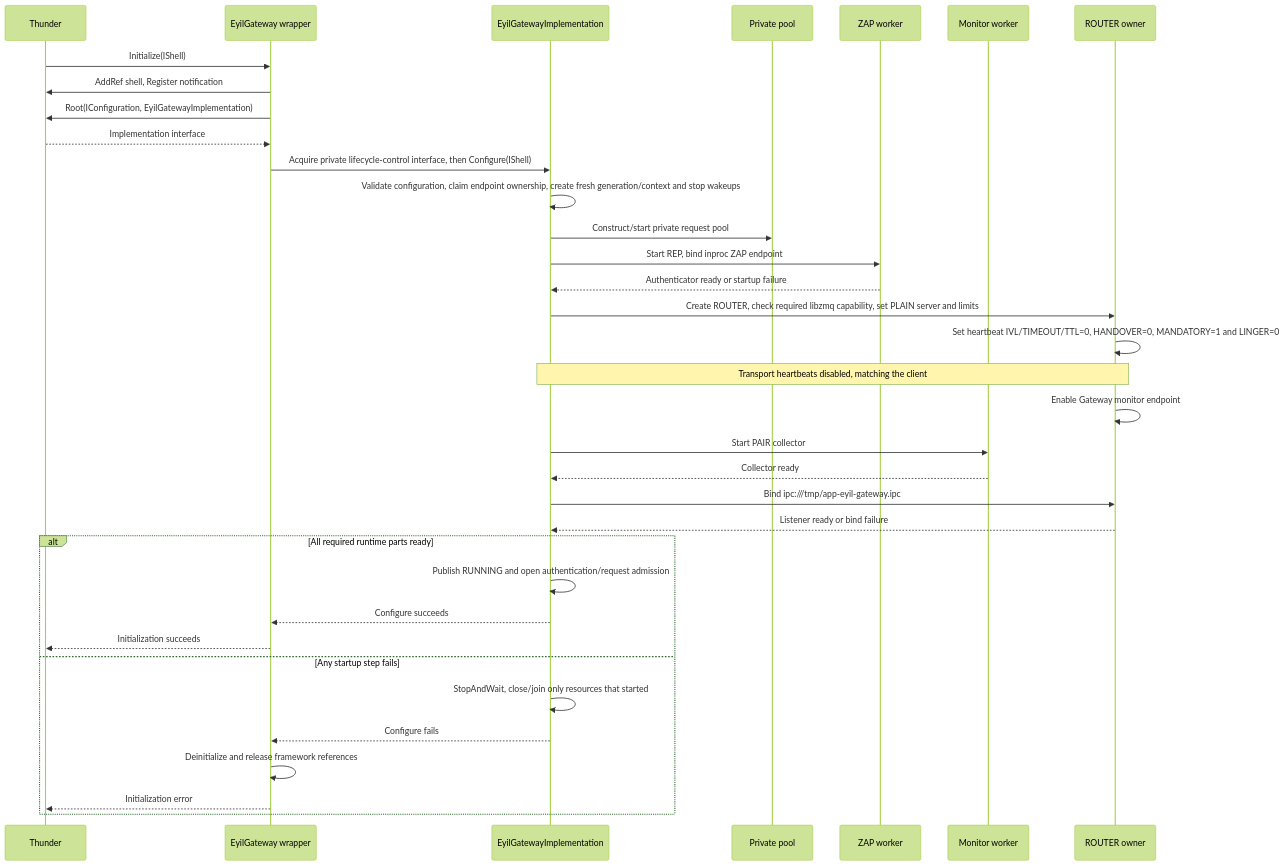
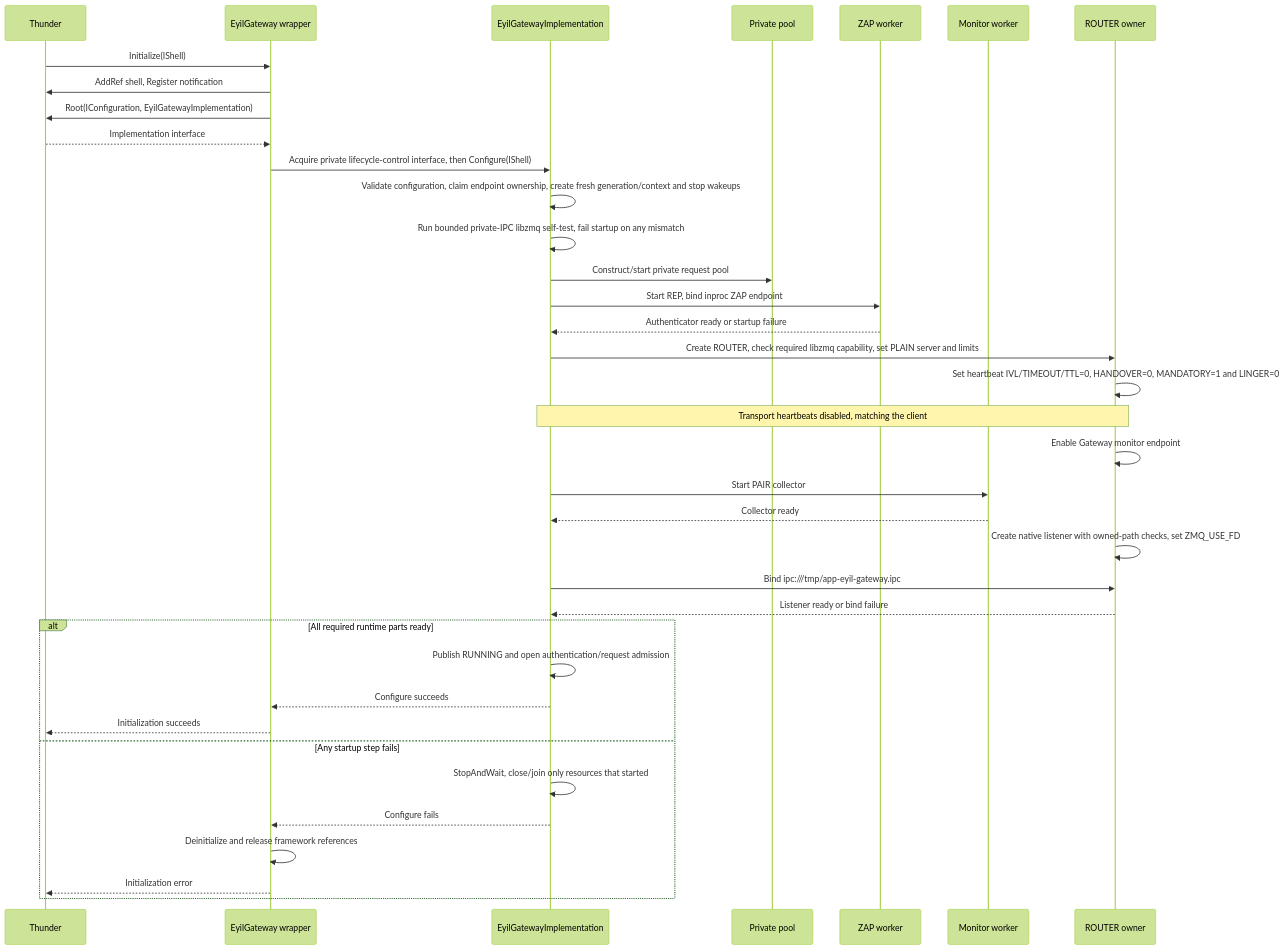
One commit to rdkcentral/eyil-secure-gateway changed the second of 22 diagrams in doc/EyilGateway.md. Above: the diagram before and after it, drawn with Mermaid (forest theme). The commit also changed other lines of this file and 2 other files, not shown here.

````diff
--- a/doc/EyilGateway.md
+++ b/doc/EyilGateway.md
@@ -405,37 +411,39 @@
 ```mermaid
 sequenceDiagram
     participant T as Thunder
     participant P as EyilGateway wrapper
     participant I as EyilGatewayImplementation
     participant W as Private pool
     participant Z as ZAP worker
     participant M as Monitor worker
     participant R as ROUTER owner
     T->>P: Initialize(IShell)
     P->>T: AddRef shell, Register notification
     P->>T: Root(IConfiguration, EyilGatewayImplementation)
     T-->>P: Implementation interface
     P->>I: Acquire private lifecycle-control interface, then Configure(IShell)
     I->>I: Validate configuration, claim endpoint ownership, create fresh generation/context and stop wakeups
+    I->>I: Run bounded private-IPC libzmq self-test, fail startup on any mismatch
     I->>W: Construct/start private request pool
     I->>Z: Start REP, bind inproc ZAP endpoint
     Z-->>I: Authenticator ready or startup failure
     I->>R: Create ROUTER, check required libzmq capability, set PLAIN server and limits
     R->>R: Set heartbeat IVL/TIMEOUT/TTL=0, HANDOVER=0, MANDATORY=1 and LINGER=0
     Note over I,R: Transport heartbeats disabled, matching the client
     R->>R: Enable Gateway monitor endpoint
     I->>M: Start PAIR collector
     M-->>I: Collector ready
+    R->>R: Create native listener with owned-path checks, set ZMQ_USE_FD
     I->>R: Bind ipc:///tmp/app-eyil-gateway.ipc
     R-->>I: Listener ready or bind failure
     alt All required runtime parts ready
         I->>I: Publish RUNNING and open authentication/request admission
         I-->>P: Configure succeeds
         P-->>T: Initialization succeeds
     else Any startup step fails
         I->>I: StopAndWait, close/join only resources that started
         I-->>P: Configure fails
         P->>P: Deinitialize and release framework references
         P-->>T: Initialization error
     end
 ```
````
